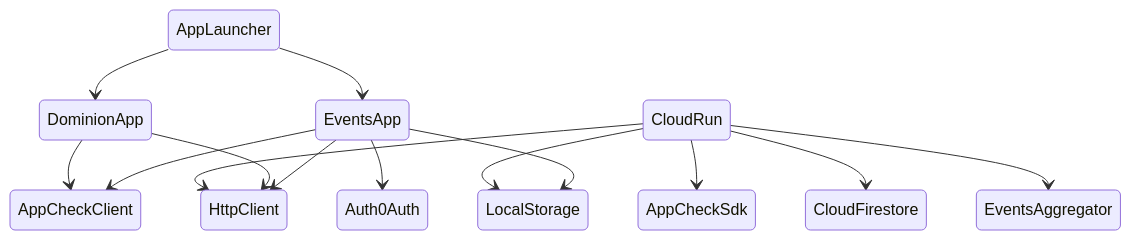
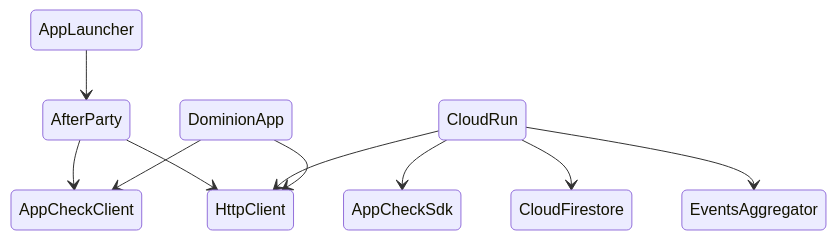
Before and after one commit to ashdavies/playground.ashdavies.dev: the diagram in README.md, drawn with Mermaid. The commit also changed other lines of this file and 140 other files, not shown here.

````diff
--- a/README.md
+++ b/README.md
@@ -44,19 +44,15 @@
 ```mermaid
 stateDiagram-v2
-    AppLauncher --> DominionApp
-    AppLauncher --> EventsApp
+    AppLauncher --> AfterParty
+
+    AfterParty --> AppCheckClient
+    AfterParty --> HttpClient
 
     CloudRun --> AppCheckSdk
     CloudRun --> CloudFirestore
     CloudRun --> EventsAggregator
     CloudRun --> HttpClient
-    CloudRun --> LocalStorage
 
     DominionApp --> AppCheckClient
     DominionApp --> HttpClient
-
-    EventsApp --> AppCheckClient
-    EventsApp --> Auth0Auth
-    EventsApp --> HttpClient
-    EventsApp --> LocalStorage
 ```
````
